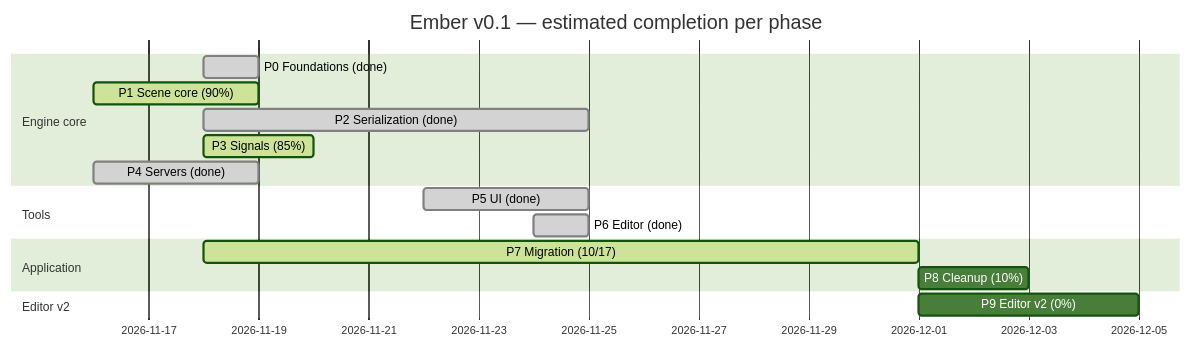
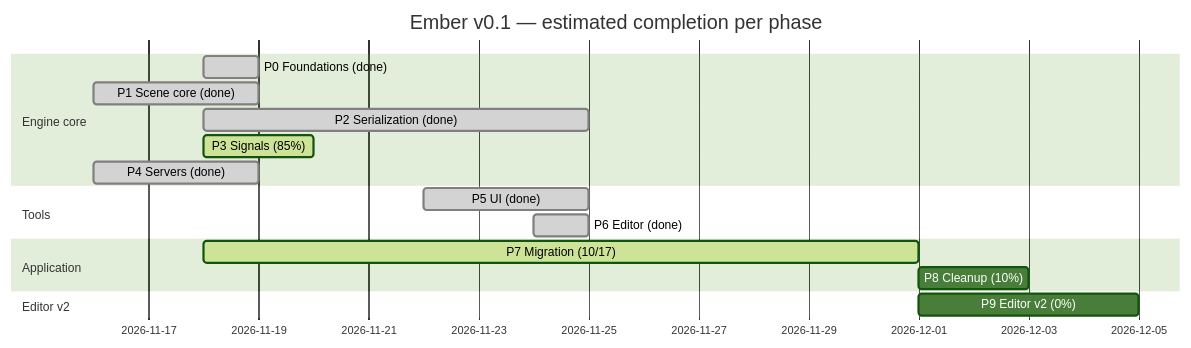
One commit to titouanthd/ember changed the diagram in ember-vault/60 Progress/Roadmap Tracker.md. Above: the diagram before and after it, drawn with Mermaid (forest theme). The commit also changed other lines of this file and 2 other files, not shown here.

Commit message:
doc(vault-roadmap): Close Phase 1 with the headless hello_scene tests

````diff
--- a/ember-vault/60 Progress/Roadmap Tracker.md
+++ b/ember-vault/60 Progress/Roadmap Tracker.md
@@ -11,19 +11,19 @@
 ```mermaid
 gantt
   dateFormat YYYY-MM-DD
   title Ember v0.1 — estimated completion per phase
   section Engine core
   P0 Foundations (done)  :done, p0, 2026-11-18, 1d
-  P1 Scene core (90%)    :active, p1, 2026-11-16, 3d
+  P1 Scene core (done)   :done, p1, 2026-11-16, 3d
   P2 Serialization (done):done, p2, 2026-11-18, 7d
   P3 Signals (85%)       :active, p3, 2026-11-18, 2d
   P4 Servers (done)      :done, p4, 2026-11-16, 3d
   section Tools
   P5 UI (done)           :done, p5, 2026-11-22, 3d
   P6 Editor (done)       :done, p6, 2026-11-24, 1d
   section Application
   P7 Migration (10/17)    :active, p7, 2026-11-18, 13d
   P8 Cleanup (10%)       :p8, after p7, 2d
   section Editor v2
   P9 Editor v2 (0%)      :p9, after p7, 4d
 ```
````
